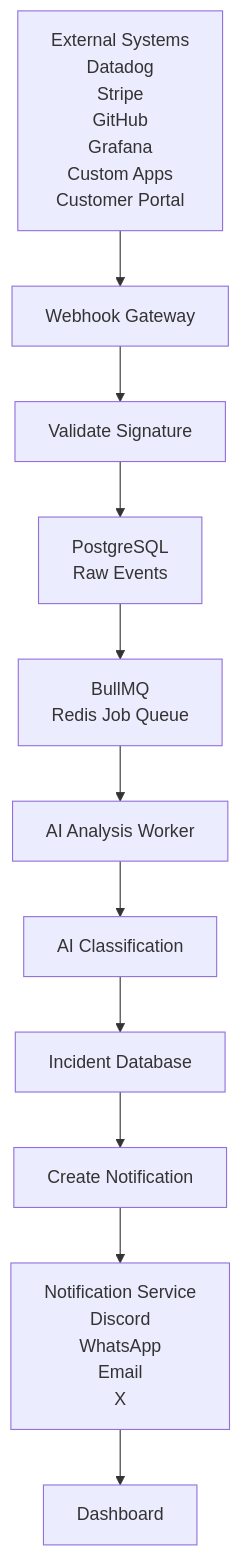
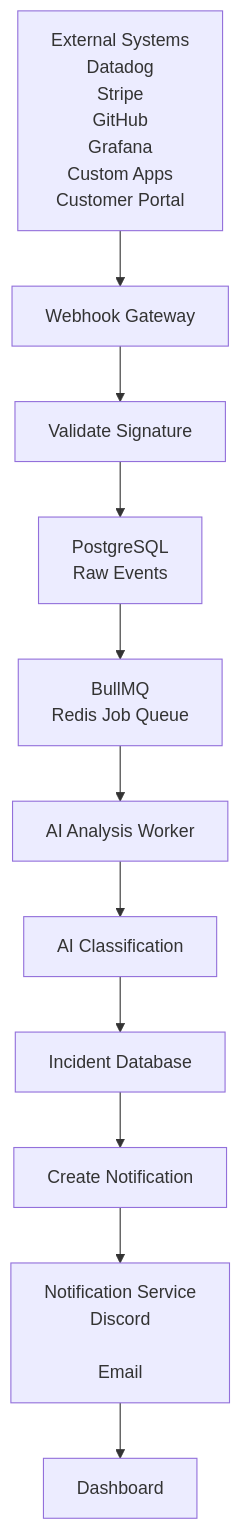
One commit to Abdullah-Builds/AI-Incident-Response-Alert-Router changed the diagram in README.md. Above: the diagram before and after it, drawn with Mermaid. The commit also changed other lines of this file, not shown here.

````diff
--- a/README.md
+++ b/README.md
@@ -50,13 +64,13 @@
 ```mermaid
 flowchart TD
     A[External Systems<br/>Datadog<br/>Stripe<br/>GitHub<br/>Grafana<br/>Custom Apps<br/>Customer Portal] --> B[Webhook Gateway]
     B --> C[Validate Signature]
     C --> D[PostgreSQL<br/>Raw Events]
     D --> E[BullMQ<br/>Redis Job Queue]
     E --> F[AI Analysis Worker]
     F --> G[AI Classification]
     G --> H[Incident Database]
     H --> I[Create Notification]
-    I --> J[Notification Service<br/>Discord<br/>WhatsApp<br/>Email<br/>X]
+    I --> J[Notification Service<br/>Discord<br/><br/>Email<br/>]
     J --> K[Dashboard]
 ```
````
